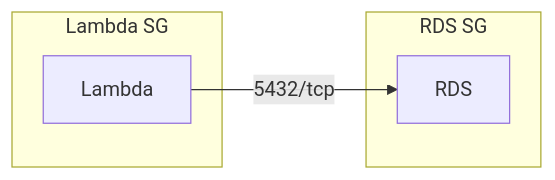
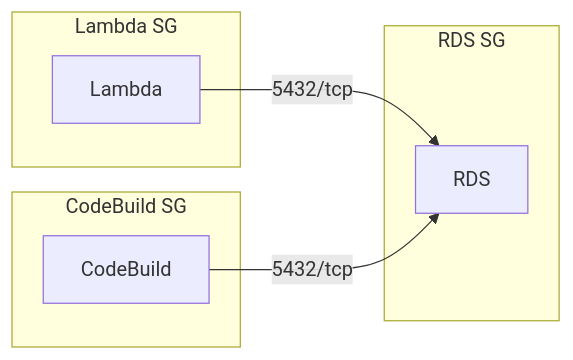
One commit to MizukiAono/zousho changed the fifth of 9 diagrams in docs/system-architecture.md. Above: the diagram before and after it, drawn with Mermaid. The commit also changed other lines of this file and 2 other files, not shown here.

````diff
--- a/docs/system-architecture.md
+++ b/docs/system-architecture.md
@@ -191,12 +196,17 @@
 ```mermaid
 flowchart LR
     subgraph SG_Lambda["Lambda SG"]
         Lambda["Lambda"]
+    end
+
+    subgraph SG_CodeBuild["CodeBuild SG"]
+        CodeBuild["CodeBuild"]
     end
 
     subgraph SG_RDS["RDS SG"]
         RDS["RDS"]
     end
 
     Lambda -->|"5432/tcp"| RDS
+    CodeBuild -->|"5432/tcp"| RDS
 ```
````
